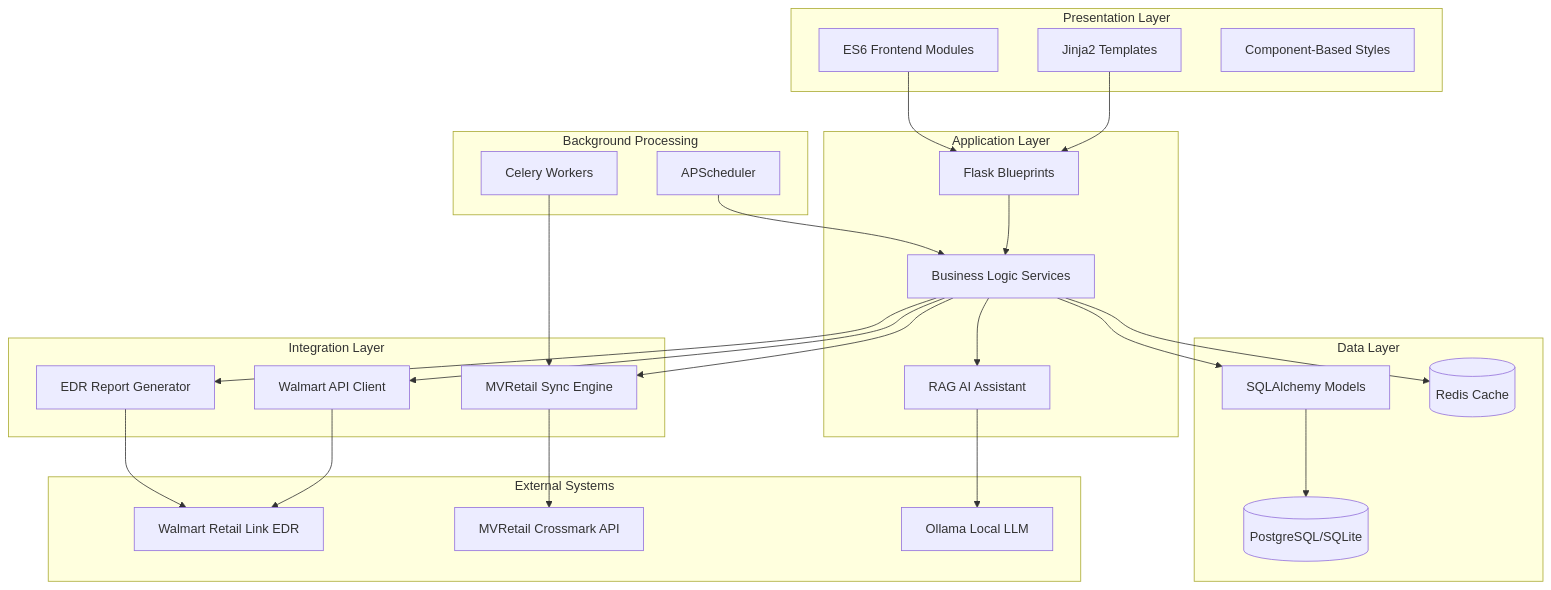
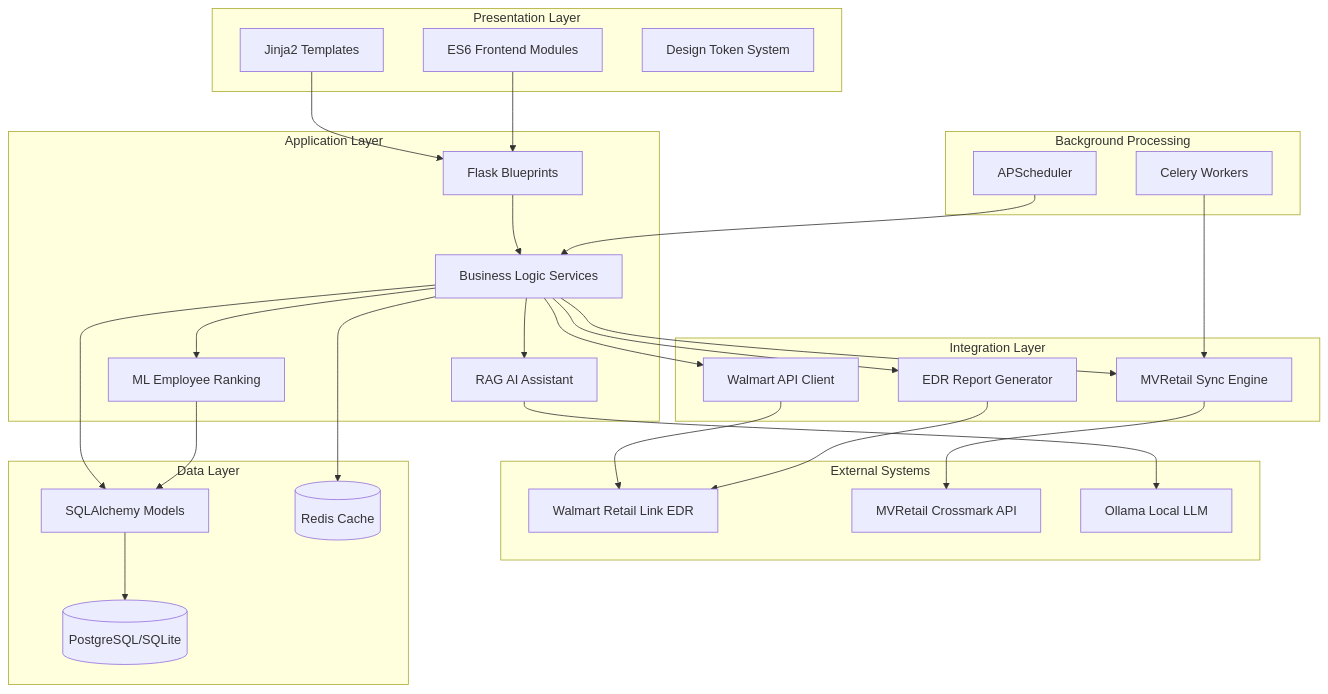
One commit to cyberiseeyou/pceventmanager changed the first of 6 diagrams in docs/CODEBASE_MAP.md. Above: the diagram before and after it, drawn with Mermaid. The commit also changed other lines of this file and 13 other files, not shown here.

````diff
--- a/docs/CODEBASE_MAP.md
+++ b/docs/CODEBASE_MAP.md
@@ -19,54 +19,57 @@
 ```mermaid
 graph TB
     subgraph "External Systems"
         WALMART[Walmart Retail Link EDR]
         MVRETAIL[MVRetail Crossmark API]
         OLLAMA[Ollama Local LLM]
     end
 
     subgraph "Presentation Layer"
         TEMPLATES[Jinja2 Templates]
         JS[ES6 Frontend Modules]
-        CSS[Component-Based Styles]
+        CSS[Design Token System]
     end
 
     subgraph "Application Layer"
         ROUTES[Flask Blueprints]
         SERVICES[Business Logic Services]
         AI[RAG AI Assistant]
+        ML[ML Employee Ranking]
     end
 
     subgraph "Data Layer"
         MODELS[SQLAlchemy Models]
         DB[(PostgreSQL/SQLite)]
         REDIS[(Redis Cache)]
     end
 
     subgraph "Background Processing"
         CELERY[Celery Workers]
         SCHEDULER[APScheduler]
     end
 
     subgraph "Integration Layer"
         WALMART_INT[Walmart API Client]
         MV_INT[MVRetail Sync Engine]
         EDR_INT[EDR Report Generator]
     end
 
     TEMPLATES --> ROUTES
     JS --> ROUTES
     ROUTES --> SERVICES
     SERVICES --> MODELS
     SERVICES --> AI
+    SERVICES --> ML
     MODELS --> DB
     AI --> OLLAMA
+    ML --> MODELS
     SERVICES --> WALMART_INT
     SERVICES --> MV_INT
     SERVICES --> EDR_INT
     WALMART_INT --> WALMART
     MV_INT --> MVRETAIL
     EDR_INT --> WALMART
     CELERY --> MV_INT
     SCHEDULER --> SERVICES
     SERVICES --> REDIS
 ```
````
